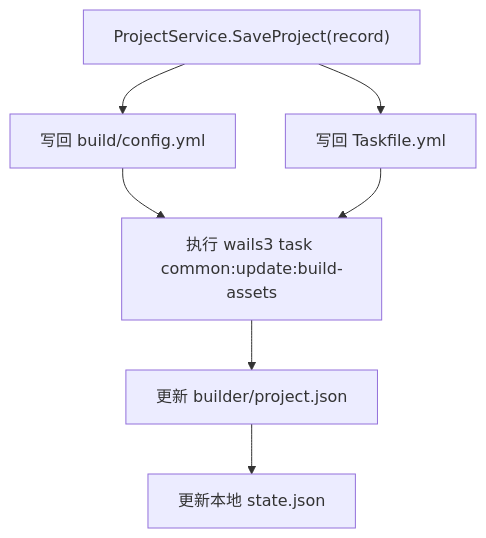
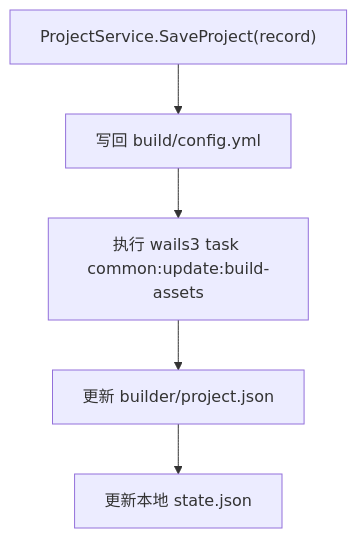
One commit to Peiratooo/Wails3-Manager changed the fourth of 6 diagrams in docs/ILLUSTRATED_GUIDE.md. Above: the diagram before and after it, drawn with Mermaid. The commit also changed other lines of this file and 79 other files, not shown here.

````diff
--- a/docs/ILLUSTRATED_GUIDE.md
+++ b/docs/ILLUSTRATED_GUIDE.md
@@ -131,16 +134,13 @@
 ```mermaid
 flowchart TD
   Save["ProjectService.SaveProject(record)"]
   WriteConfig["写回 build/config.yml"]
-  WriteTaskfile["写回 Taskfile.yml"]
   UpdateAssets["执行 wails3 task common:update:build-assets"]
   SaveRecord["更新 builder/project.json"]
   SaveState["更新本地 state.json"]
 
   Save --> WriteConfig
-  Save --> WriteTaskfile
   WriteConfig --> UpdateAssets
-  WriteTaskfile --> UpdateAssets
   UpdateAssets --> SaveRecord
   SaveRecord --> SaveState
 ```
````
